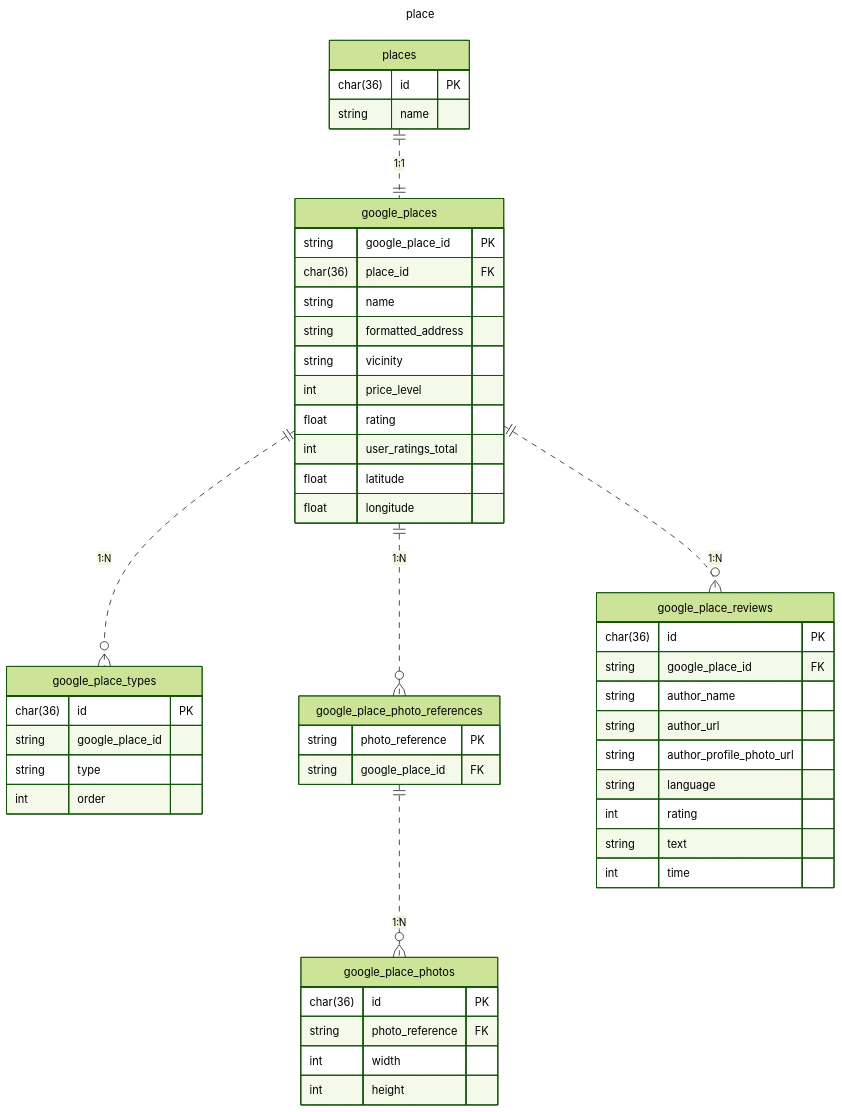
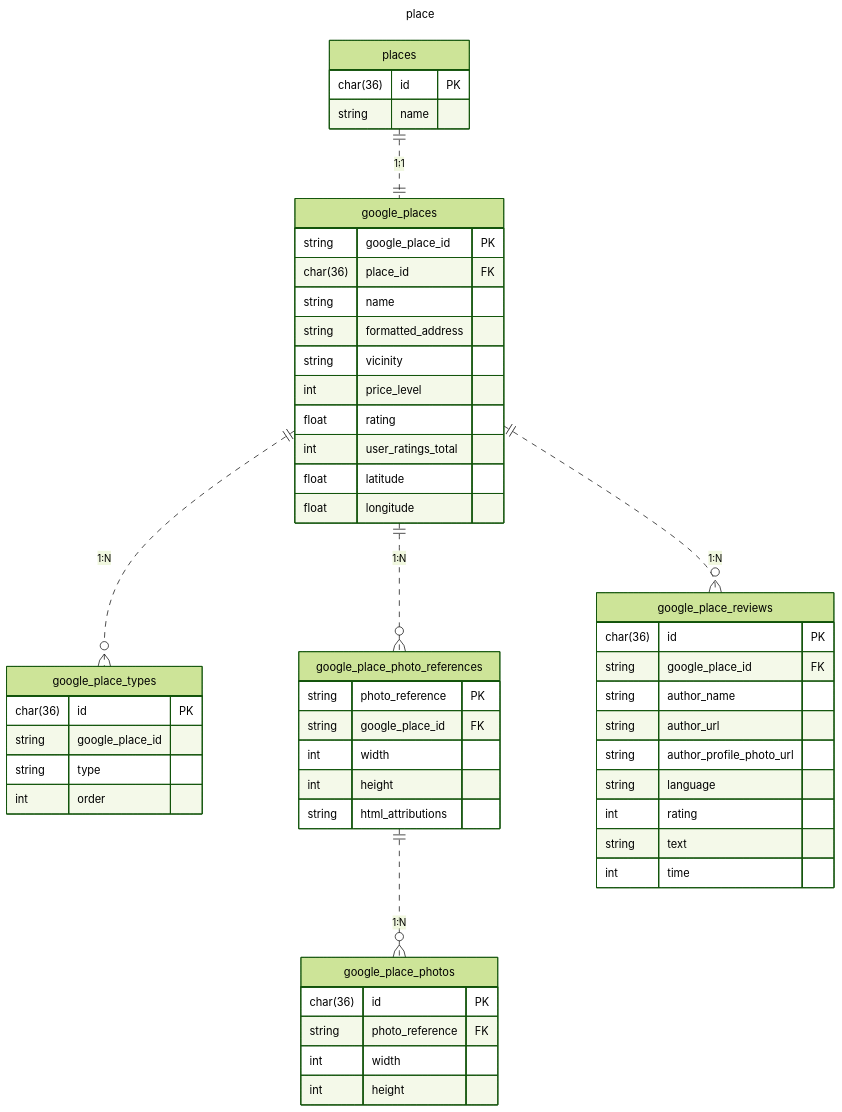
Before and after one commit to poroto-app/planner: the second of 2 diagrams in doc/database/er.md, drawn with Mermaid (forest theme). The commit also changed 1 other file, not shown here.

Commit message:
feat(db): `photo_reference`テーブルにサイズと帰属情報を追加

````diff
--- a/doc/database/er.md
+++ b/doc/database/er.md
@@ -19,60 +19,63 @@
 ```mermaid
 ---
 title: place
 ---
 erDiagram
     places {
         char(36) id PK
         string name
     }
 
     google_places {
         string google_place_id PK
         char(36) place_id FK
         string name
         string formatted_address
         string vicinity
         int price_level
         float rating
         int user_ratings_total
         float latitude
         float longitude
     }
 
     google_place_types {
         char(36) id PK
         string google_place_id
         string type
         int order
     }
 
     google_place_photo_references {
         string photo_reference PK
         string google_place_id FK
+        int width
+        int height
+        string html_attributions
     }
 
     google_place_photos {
         char(36) id PK
         string photo_reference FK
         int width
         int height
     }
 
     google_place_reviews {
         char(36) id PK
         string google_place_id FK
         string author_name
         string author_url
         string author_profile_photo_url
         string language
         int rating
         string text
         int time
     }
 
     places ||..|| google_places: "1:1"
     google_places ||..o{ google_place_types: "1:N"
     google_places ||..o{ google_place_photo_references: "1:N"
     google_place_photo_references ||..o{ google_place_photos: "1:N"
     google_places ||..o{ google_place_reviews: "1:N"
 ```
````
